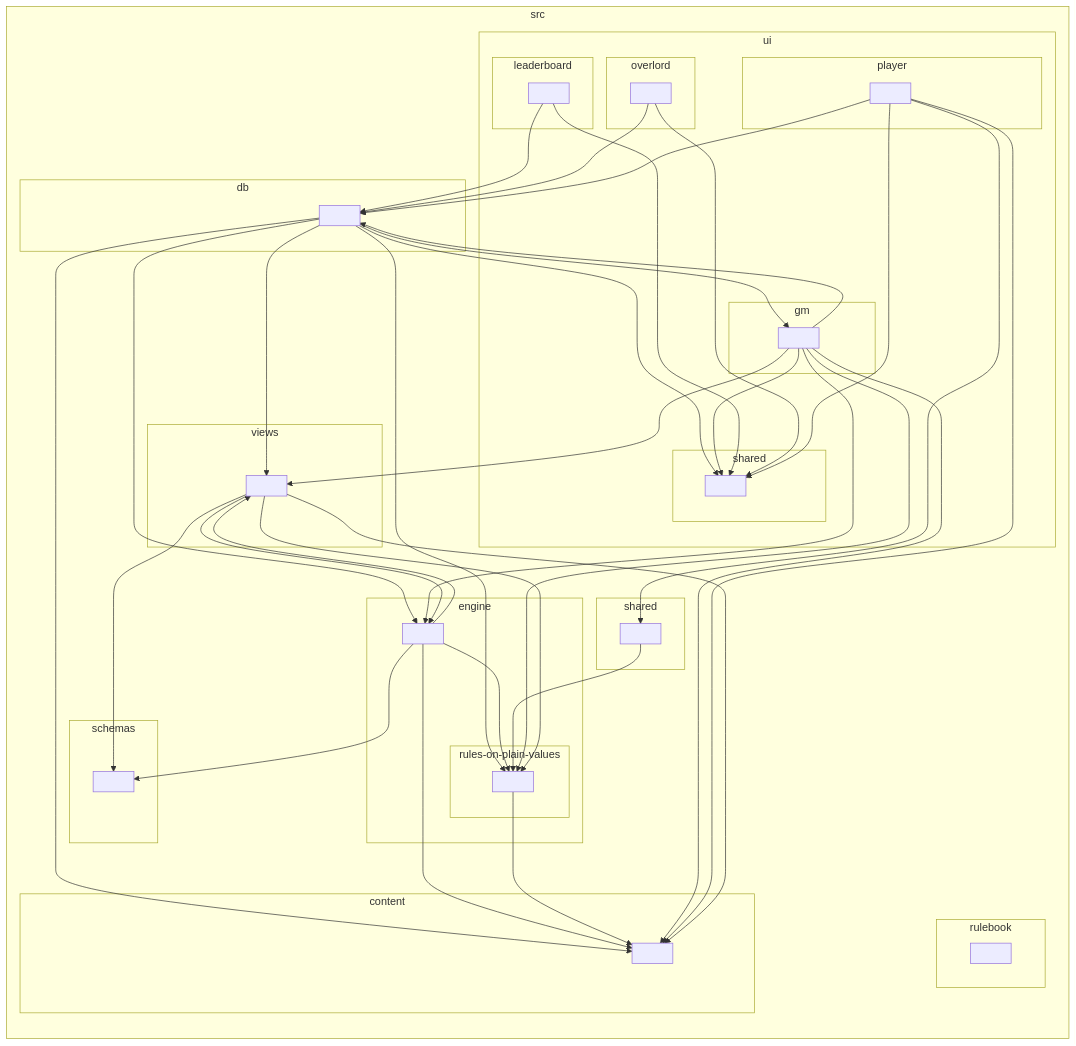
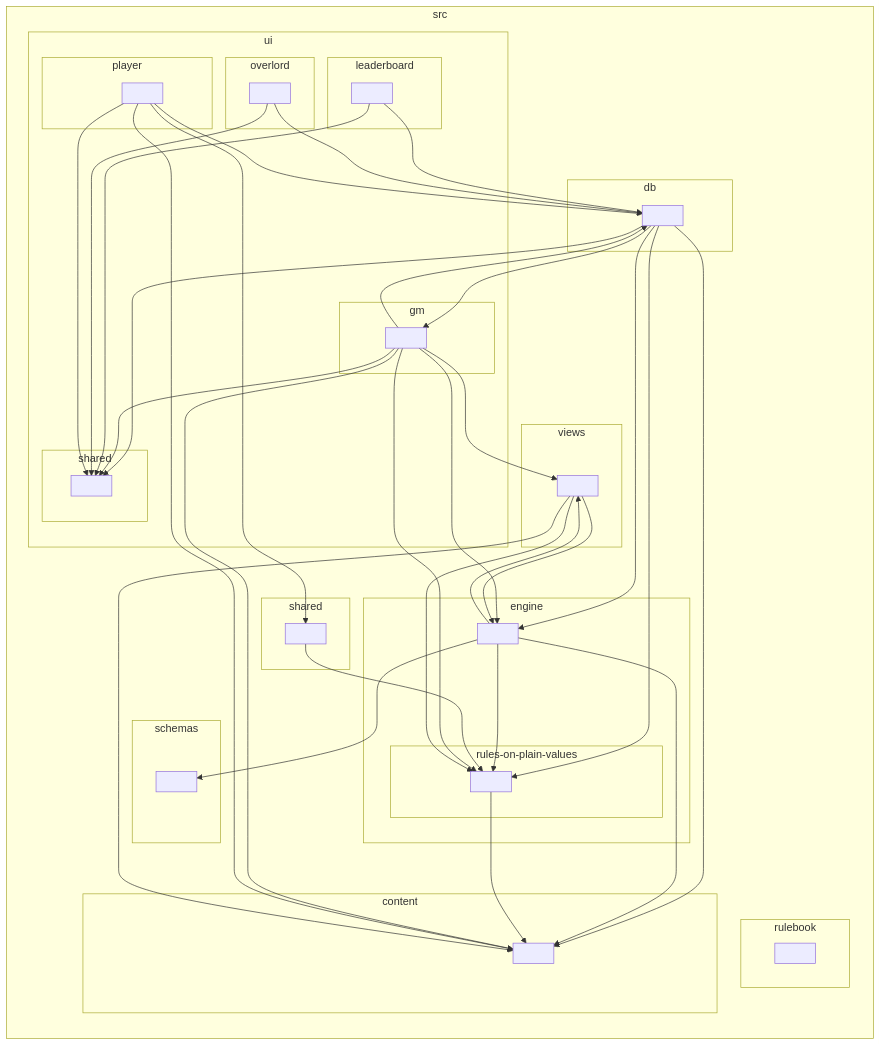
Before and after one commit to Nestalawe/kingdoms-call: the diagram in docs/ARCHITECTURE.md, drawn with Mermaid. The commit also changed 23 other files, not shown here.

````diff
--- a/docs/ARCHITECTURE.md
+++ b/docs/ARCHITECTURE.md
@@ -179,77 +179,75 @@
 ```mermaid
 flowchart LR
 
 subgraph src["src"]
   subgraph src_content["content"]
     src_content_[" "]
   end
   subgraph src_db["db"]
     src_db_[" "]
   end
   subgraph src_engine["engine"]
     src_engine_[" "]
     subgraph src_engine_rules_on_plain_values["rules-on-plain-values"]
       src_engine_rules_on_plain_values_[" "]
     end
   end
   subgraph src_rulebook["rulebook"]
     src_rulebook_[" "]
   end
   subgraph src_schemas["schemas"]
     src_schemas_[" "]
   end
   subgraph src_shared["shared"]
     src_shared_[" "]
   end
   subgraph src_ui["ui"]
     subgraph src_ui_gm["gm"]
       src_ui_gm_[" "]
     end
     subgraph src_ui_leaderboard["leaderboard"]
       src_ui_leaderboard_[" "]
     end
     subgraph src_ui_overlord["overlord"]
       src_ui_overlord_[" "]
     end
     subgraph src_ui_player["player"]
       src_ui_player_[" "]
     end
     subgraph src_ui_shared["shared"]
       src_ui_shared_[" "]
     end
   end
   subgraph src_views["views"]
     src_views_[" "]
   end
 end
 src_db_-->src_engine_rules_on_plain_values_
 src_db_-->src_ui_gm_
 src_db_-->src_ui_shared_
 src_db_-->src_content_
 src_db_-->src_engine_
-src_db_-->src_views_
 src_engine_-->src_content_
 src_engine_-->src_engine_rules_on_plain_values_
 src_engine_-->src_schemas_
 src_engine_-->src_views_
 src_engine_rules_on_plain_values_-->src_content_
 src_shared_-->src_engine_rules_on_plain_values_
 src_ui_gm_-->src_content_
 src_ui_gm_-->src_db_
 src_ui_gm_-->src_engine_
 src_ui_gm_-->src_ui_shared_
 src_ui_gm_-->src_engine_rules_on_plain_values_
 src_ui_gm_-->src_views_
 src_ui_leaderboard_-->src_db_
 src_ui_leaderboard_-->src_ui_shared_
 src_ui_overlord_-->src_db_
 src_ui_overlord_-->src_ui_shared_
 src_ui_player_-->src_ui_shared_
 src_ui_player_-->src_shared_
 src_ui_player_-->src_content_
 src_ui_player_-->src_db_
+src_views_-->src_content_
 src_views_-->src_engine_
-src_views_-->src_schemas_
-src_views_-->src_content_
 src_views_-->src_engine_rules_on_plain_values_
 ```
````
